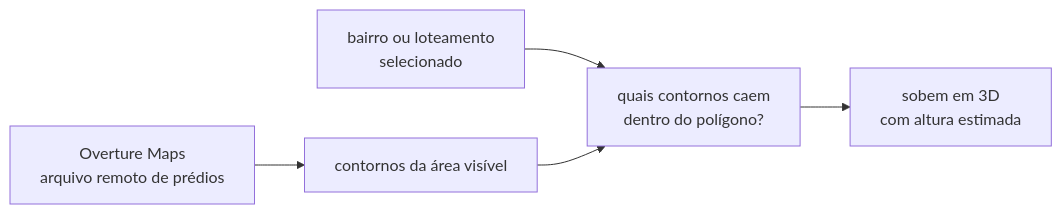
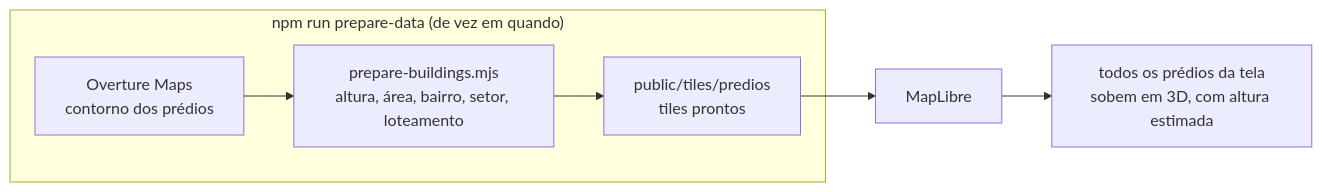
The ninth of 12 diagrams in docs/GUIA-DO-PROJETO.md (pedrovitorsilva/tcc_teste), drawn with Mermaid before and after one commit. The commit also changed other lines of this file and 825 other files, not shown here.

First line of the commit message:
feat(buildings): versioned static tiles, all buildings in view

````diff
--- a/docs/GUIA-DO-PROJETO.md
+++ b/docs/GUIA-DO-PROJETO.md
@@ -334,7 +367,9 @@
 ```mermaid
 flowchart LR
-    pm["Overture Maps<br/>arquivo remoto de prédios"] --> tiles["contornos da área visível"]
-    sel["bairro ou loteamento<br/>selecionado"] --> clip
-    tiles --> clip["quais contornos caem<br/>dentro do polígono?"]
-    clip --> ext["sobem em 3D<br/>com altura estimada"]
+    subgraph prep["npm run prepare-data (de vez em quando)"]
+        ov["Overture Maps<br/>contorno dos prédios"] --> script["prepare-buildings.mjs<br/>altura, área, bairro, setor, loteamento"]
+        script --> tiles["public/tiles/predios<br/>tiles prontos"]
+    end
+    tiles --> mapa["MapLibre"]
+    mapa --> ext["todos os prédios da tela<br/>sobem em 3D, com altura estimada"]
 ```
````
